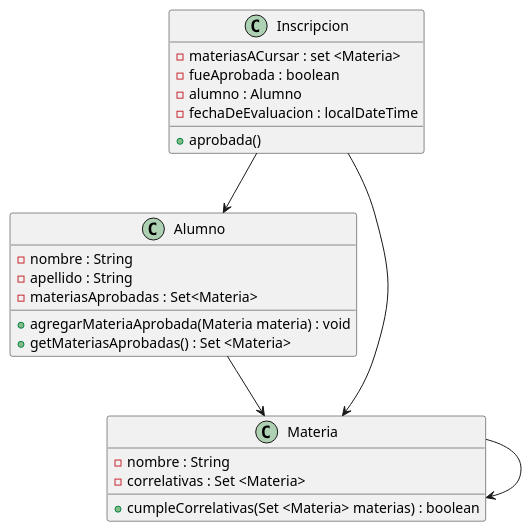
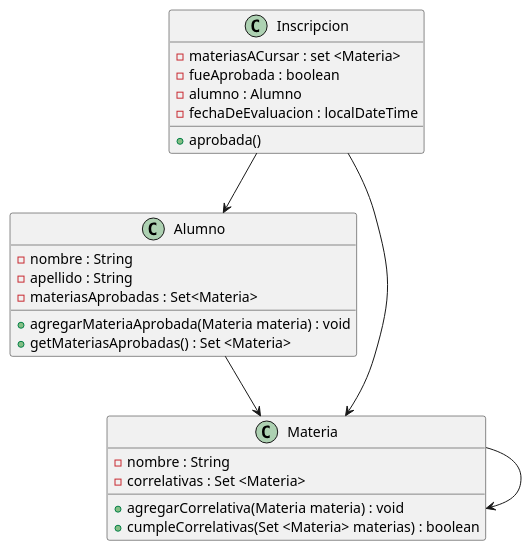
The diagram in src/main/validadorUML.puml (MatttiB/EjValidadorCorrelativas), drawn with PlantUML before and after one commit.

Commit message:
Correcion Diagrama

```diff
--- a/src/main/validadorUML.puml
+++ b/src/main/validadorUML.puml
@@ -1,29 +1,30 @@
 @startuml
 class Alumno{
     -nombre : String
     -apellido : String
     -materiasAprobadas : Set<Materia>
     +agregarMateriaAprobada(Materia materia) : void
     +getMateriasAprobadas() : Set <Materia>
 }
 
 class Inscripcion{
     -materiasACursar : set <Materia>
     -fueAprobada : boolean
     -alumno : Alumno
     -fechaDeEvaluacion : localDateTime
     +aprobada()
 }
 
 class Materia{
     -nombre : String
     -correlativas : Set <Materia>
+    +agregarCorrelativa(Materia materia) : void
     +cumpleCorrelativas(Set <Materia> materias) : boolean
 }
 
 Alumno --> Materia
 Materia --> Materia
 Inscripcion --> Materia
 Inscripcion --> Alumno
 
 @enduml
```
